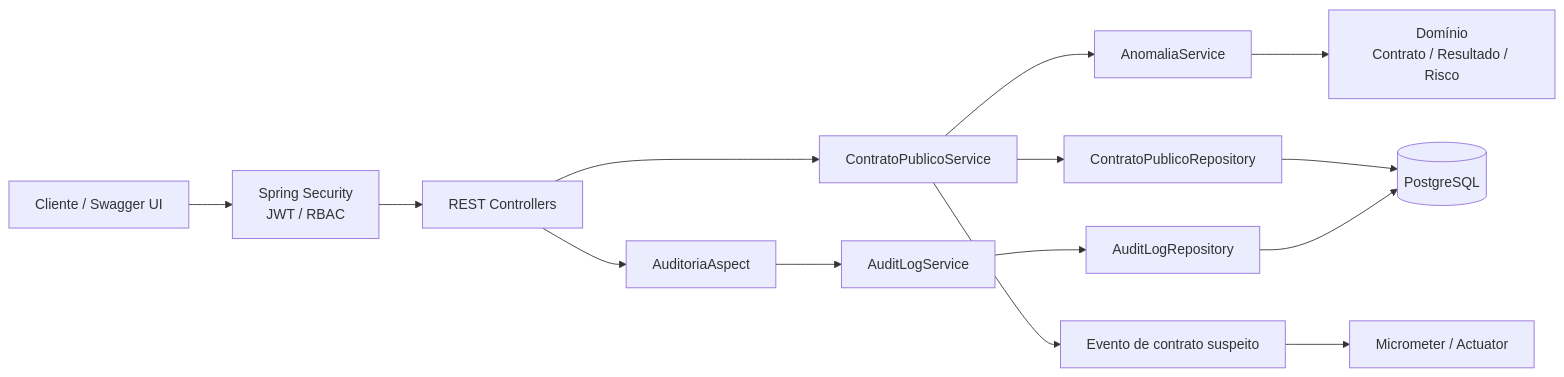
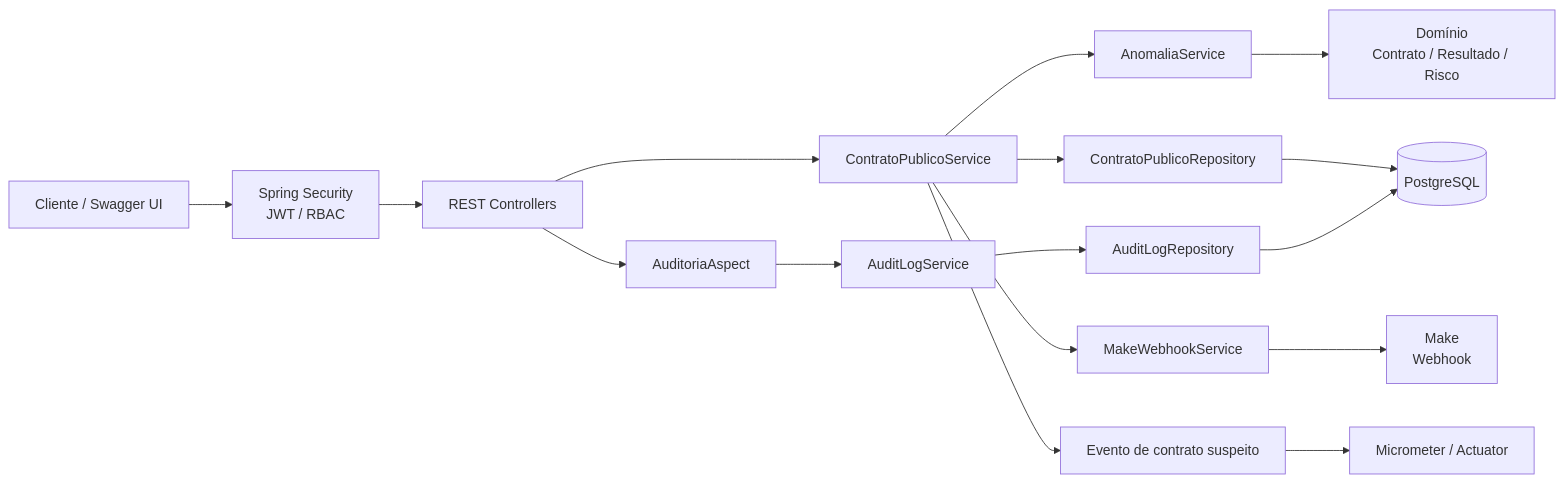
The diagram in README.md (LeinadAyla/meu-app-java), drawn with Mermaid before and after one commit. The commit also changed other lines of this file, not shown here.

Commit message:
docs: documenta fluxo de alertas do Make

````diff
--- a/README.md
+++ b/README.md
@@ -13,16 +13,18 @@
 ```mermaid
 flowchart LR
     Client[Cliente / Swagger UI] --> Security[Spring Security<br/>JWT / RBAC]
     Security --> API[REST Controllers]
     API --> ContractService[ContratoPublicoService]
     ContractService --> Anomaly[AnomaliaService]
     Anomaly --> Domain[Domínio<br/>Contrato / Resultado / Risco]
     ContractService --> ContractRepo[ContratoPublicoRepository]
     ContractRepo --> DB[(PostgreSQL)]
+    ContractService --> MakeWebhook[MakeWebhookService]
+    MakeWebhook --> Make[Make<br/>Webhook]
     API --> AuditAspect[AuditoriaAspect]
     AuditAspect --> AuditService[AuditLogService]
     AuditService --> AuditRepo[AuditLogRepository]
     AuditRepo --> DB
     ContractService --> Events[Evento de contrato suspeito]
     Events --> Metrics[Micrometer / Actuator]
 ```
````
